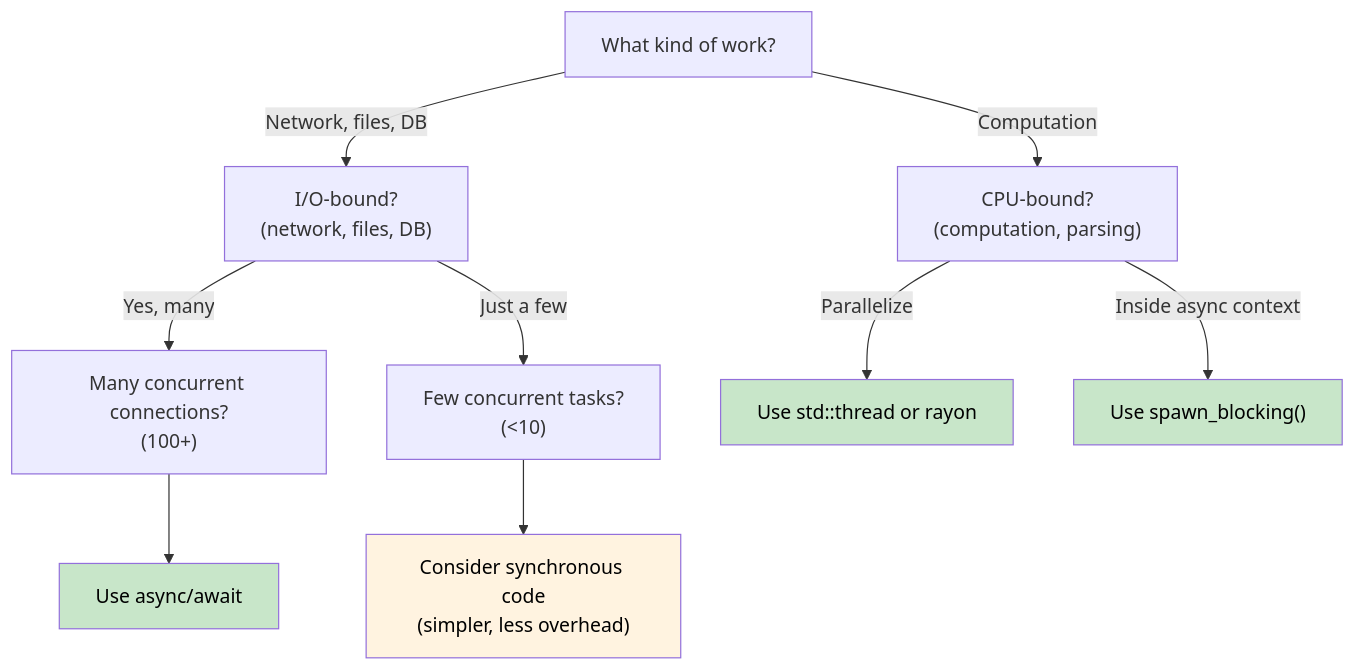
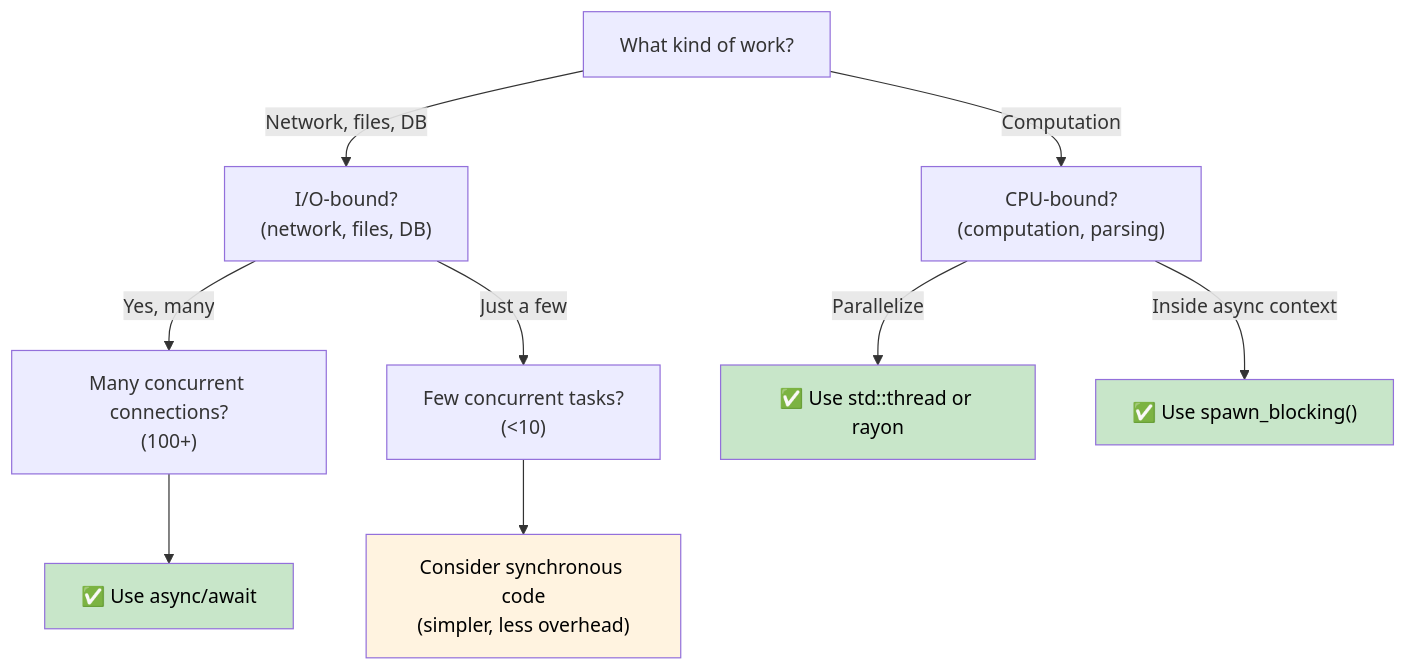
One commit to veegn/rust-training-zh changed the second of 2 diagrams in async-book/src/en/ch01-why-async-is-different-in-rust.md. Above: the diagram before and after it, drawn with Mermaid. The commit also changed other lines of this file and 354 other files, not shown here.

````diff
--- a/async-book/src/en/ch01-why-async-is-different-in-rust.md
+++ b/async-book/src/en/ch01-why-async-is-different-in-rust.md
@@ -96,28 +95,28 @@
 ```mermaid
 graph TD
     START["What kind of work?"]
 
     IO["I/O-bound?<br/>(network, files, DB)"]
     CPU["CPU-bound?<br/>(computation, parsing)"]
     MANY["Many concurrent connections?<br/>(100+)"]
     FEW["Few concurrent tasks?<br/>(<10)"]
 
-    USE_ASYNC["Use async/await"]
-    USE_THREADS["Use std::thread or rayon"]
-    USE_SPAWN_BLOCKING["Use spawn_blocking()"]
+    USE_ASYNC["✅ Use async/await"]
+    USE_THREADS["✅ Use std::thread or rayon"]
+    USE_SPAWN_BLOCKING["✅ Use spawn_blocking()"]
     MAYBE_SYNC["Consider synchronous code<br/>(simpler, less overhead)"]
 
     START -->|Network, files, DB| IO
     START -->|Computation| CPU
     IO -->|Yes, many| MANY
     IO -->|Just a few| FEW
     MANY --> USE_ASYNC
     FEW --> MAYBE_SYNC
     CPU -->|Parallelize| USE_THREADS
     CPU -->|Inside async context| USE_SPAWN_BLOCKING
 
     style USE_ASYNC fill:#c8e6c9,color:#000
     style USE_THREADS fill:#c8e6c9,color:#000
     style USE_SPAWN_BLOCKING fill:#c8e6c9,color:#000
     style MAYBE_SYNC fill:#fff3e0,color:#000
 ```
````
